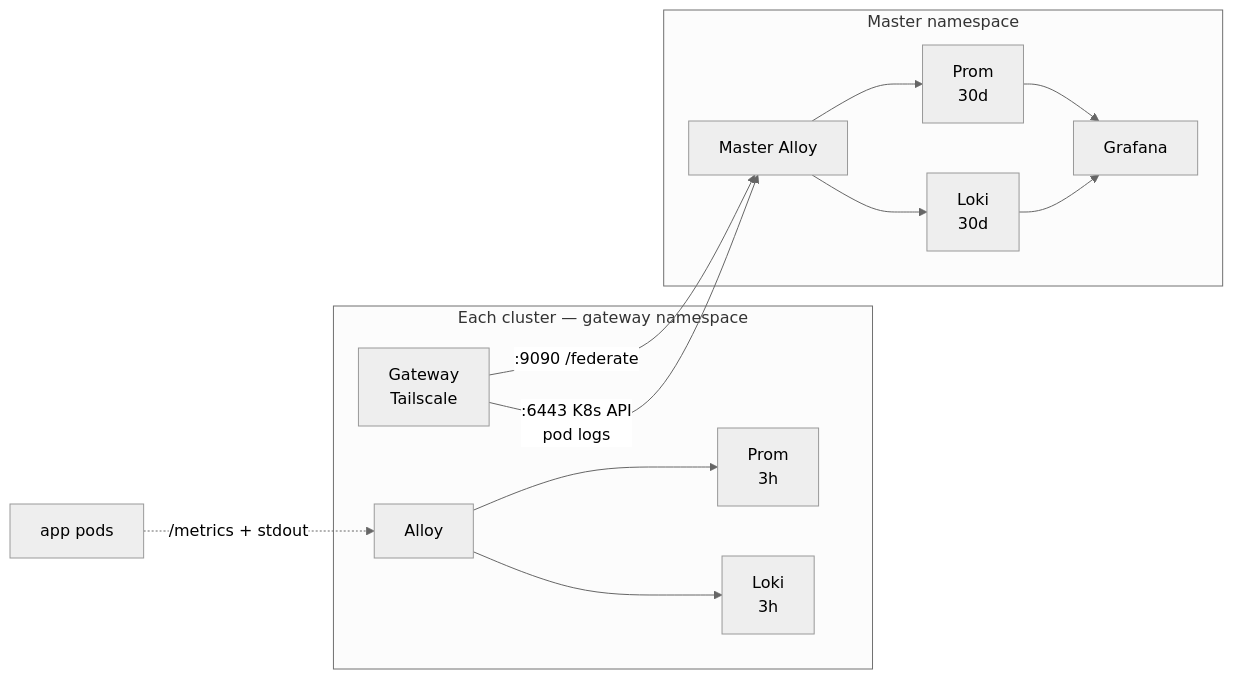
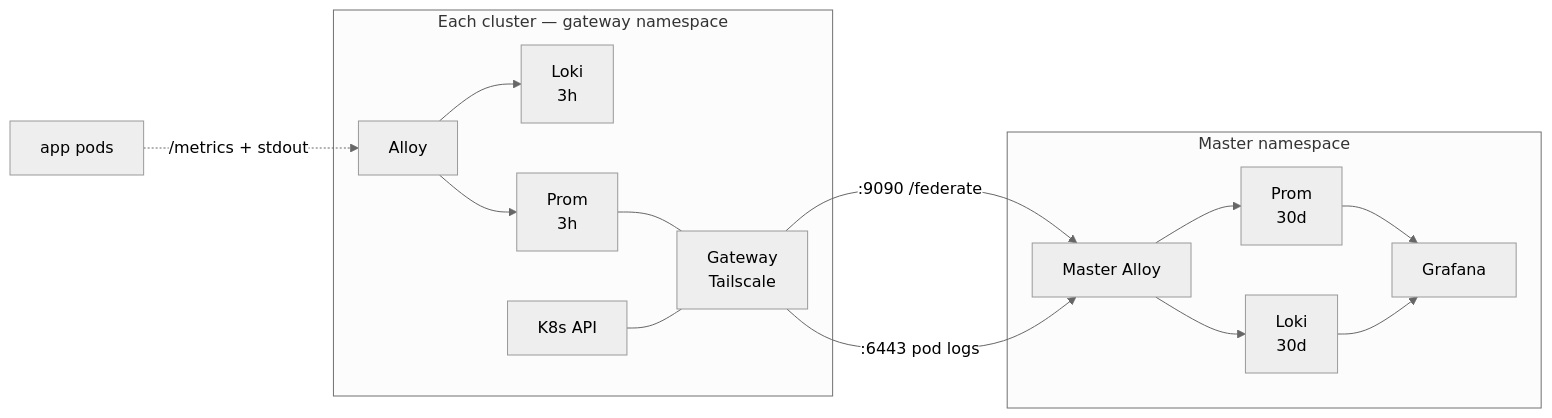
Before and after one commit to Kord96/kordinate: the fourth of 6 diagrams in docs/infrastructure.md, drawn with Mermaid (neutral theme).

Commit message:
docs: connect Gateway Tailscale to Prom and K8s API in diagram [scribe]

````diff
--- a/docs/infrastructure.md
+++ b/docs/infrastructure.md
@@ -89,16 +89,17 @@
 ```mermaid
 flowchart LR
     subgraph cluster[Each cluster — gateway namespace]
-        AL[Alloy] --> P[Prom<br/>3h] & L[Loki<br/>3h]
-        GW[Gateway<br/>Tailscale]
+        AL[Alloy] --> L[Loki<br/>3h] & P[Prom<br/>3h]
+        P --- GW[Gateway<br/>Tailscale]
+        K8S[K8s API] --- GW
     end
 
     Apps[app pods] -.->|/metrics + stdout| AL
     GW -->|:9090 /federate| MA
-    GW -->|:6443 K8s API<br/>pod logs| MA
+    GW -->|:6443 pod logs| MA
 
     subgraph master[Master namespace]
         MA[Master Alloy] --> MP[Prom<br/>30d] & ML[Loki<br/>30d]
         MP & ML --> G[Grafana]
     end
 ```
````
